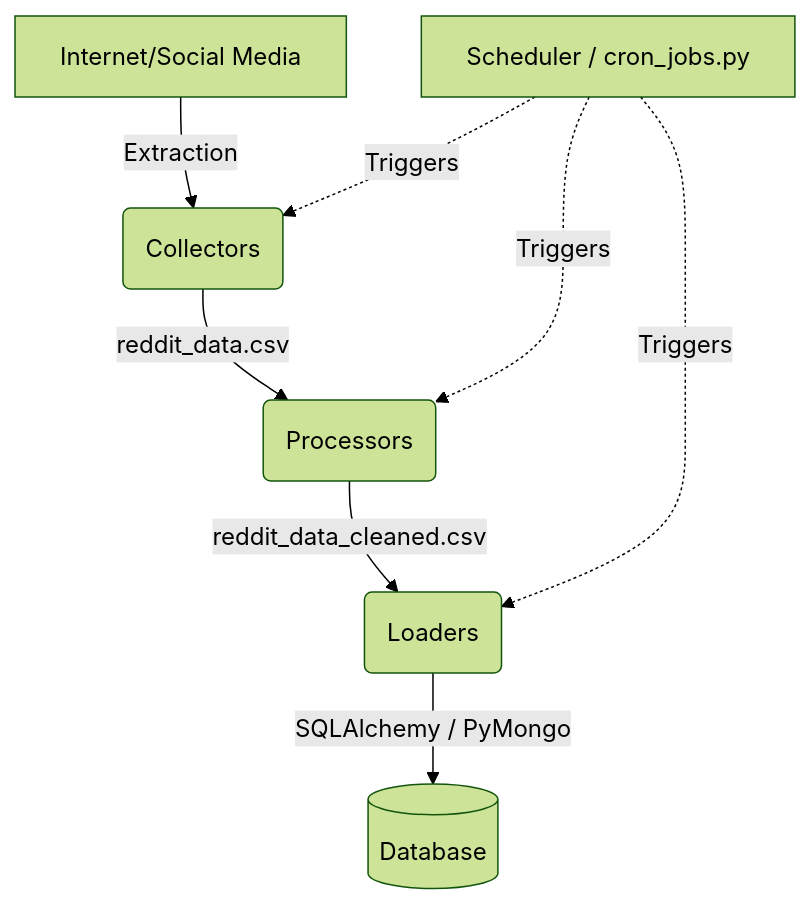
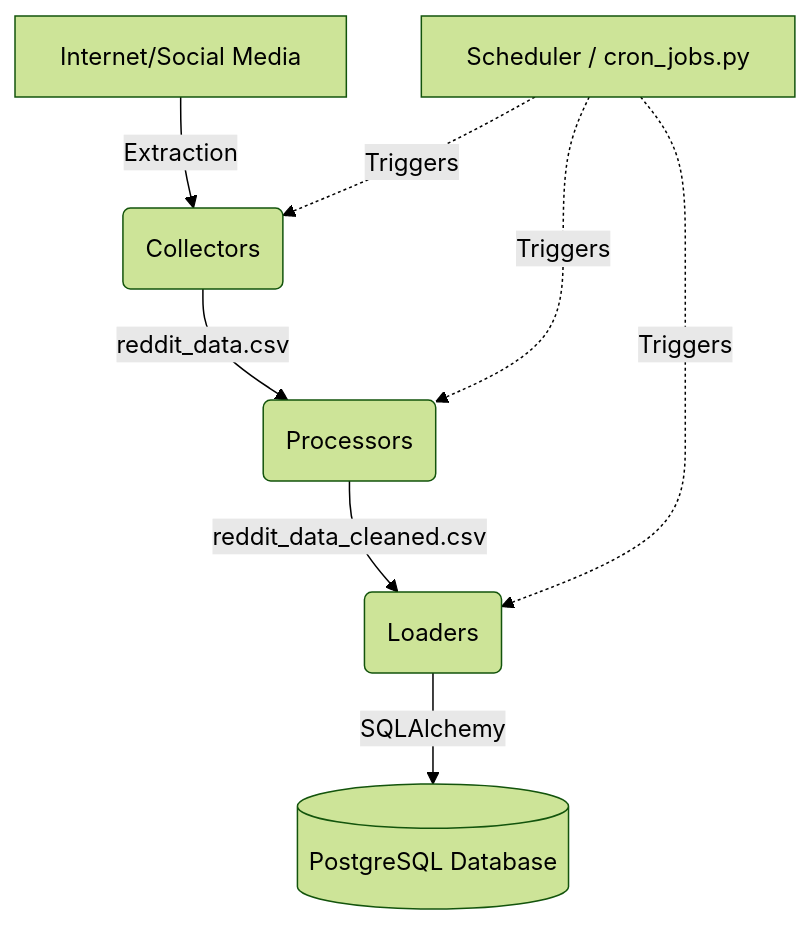
Before and after one commit to HxWildE/Trend_Intelligence: the diagram in data_pipeline/README.md, drawn with Mermaid (forest theme). The commit also changed other lines of this file and 40 other files, not shown here.

````diff
--- a/data_pipeline/README.md
+++ b/data_pipeline/README.md
@@ -9,11 +9,11 @@
 ```mermaid
 graph TD
     A[Internet/Social Media] -->|Extraction| B(Collectors)
     B -->|reddit_data.csv| C(Processors)
     C -->|reddit_data_cleaned.csv| D(Loaders)
-    D -->|SQLAlchemy / PyMongo| E[(Database)]
+    D -->|SQLAlchemy| E[(PostgreSQL Database)]
     
     F[Scheduler / cron_jobs.py] -.->|Triggers| B
     F -.->|Triggers| C
     F -.->|Triggers| D
 ```
````
